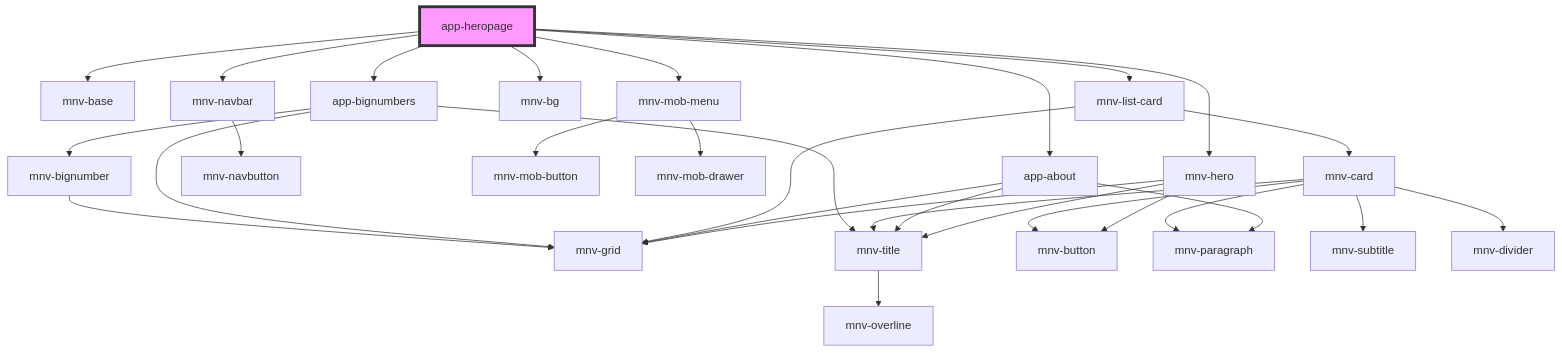
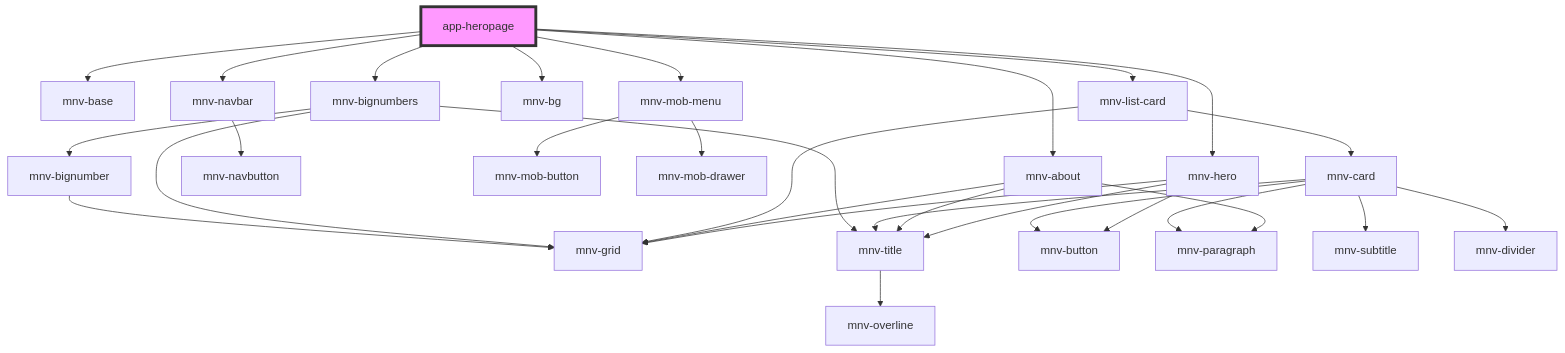
Before and after one commit to rafaela-vairo/ufrj-sustainable: the diagram in src/components/app-pages/app-heropage/readme.md, drawn with Mermaid. The commit also changed other lines of this file and 47 other files, not shown here.

````diff
--- a/src/components/app-pages/app-heropage/readme.md
+++ b/src/components/app-pages/app-heropage/readme.md
@@ -29,33 +26,33 @@
 ```mermaid
 graph TD;
   app-heropage --> mnv-base
   app-heropage --> mnv-navbar
   app-heropage --> mnv-mob-menu
   app-heropage --> mnv-hero
   app-heropage --> mnv-bg
-  app-heropage --> app-about
+  app-heropage --> mnv-about
   app-heropage --> mnv-list-card
-  app-heropage --> app-bignumbers
+  app-heropage --> mnv-bignumbers
   mnv-navbar --> mnv-navbutton
   mnv-mob-menu --> mnv-mob-button
   mnv-mob-menu --> mnv-mob-drawer
   mnv-hero --> mnv-grid
   mnv-hero --> mnv-title
   mnv-hero --> mnv-button
   mnv-title --> mnv-overline
-  app-about --> mnv-grid
-  app-about --> mnv-title
-  app-about --> mnv-paragraph
+  mnv-about --> mnv-grid
+  mnv-about --> mnv-title
+  mnv-about --> mnv-paragraph
   mnv-list-card --> mnv-grid
   mnv-list-card --> mnv-card
   mnv-card --> mnv-title
   mnv-card --> mnv-subtitle
   mnv-card --> mnv-divider
   mnv-card --> mnv-paragraph
   mnv-card --> mnv-button
-  app-bignumbers --> mnv-grid
-  app-bignumbers --> mnv-title
-  app-bignumbers --> mnv-bignumber
+  mnv-bignumbers --> mnv-grid
+  mnv-bignumbers --> mnv-title
+  mnv-bignumbers --> mnv-bignumber
   mnv-bignumber --> mnv-grid
   style app-heropage fill:#f9f,stroke:#333,stroke-width:4px
 ```
````
